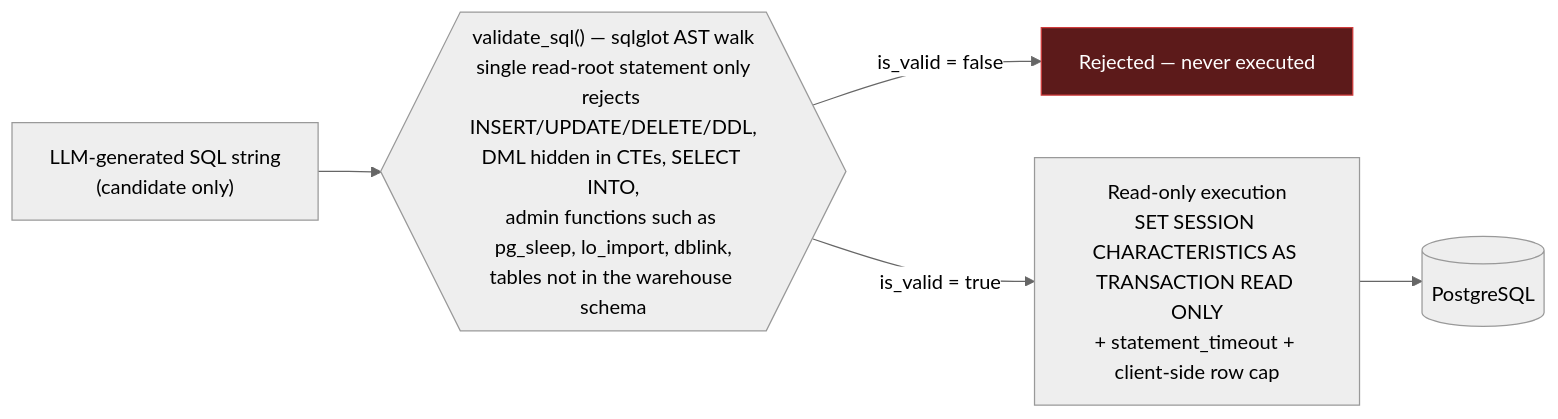
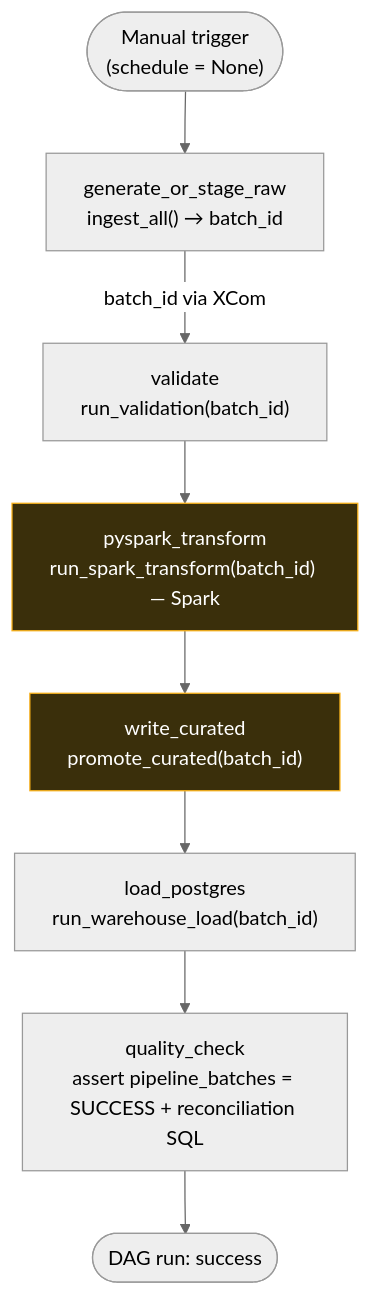
Before and after one commit to the-illuminatus/QueryPilot-DataEngineering: the fourth of 12 diagrams in README.md, drawn with Mermaid (neutral theme). The commit also changed other lines of this file, not shown here.

Commit message:
docs: finalize Airflow and PySpark architecture README

````diff
--- a/README.md
+++ b/README.md
@@ -201,10 +173,13 @@
 ```mermaid
-flowchart LR
-    LLM["LLM-generated SQL string<br/>(candidate only)"] --> GATE{{"validate_sql() — sqlglot AST walk<br/>single read-root statement only<br/>rejects INSERT/UPDATE/DELETE/DDL,<br/>DML hidden in CTEs, SELECT INTO,<br/>admin functions such as pg_sleep, lo_import, dblink,<br/>tables not in the warehouse schema"}}
-    GATE -->|"is_valid = false"| STOP["Rejected — never executed"]
-    GATE -->|"is_valid = true"| RO["Read-only execution<br/>SET SESSION CHARACTERISTICS AS TRANSACTION READ ONLY<br/>+ statement_timeout + client-side row cap"]
-    RO --> PG[("PostgreSQL")]
+flowchart TD
+    S(["Manual trigger<br/>(schedule = None)"]) --> A["generate_or_stage_raw<br/>ingest_all() → batch_id"]
+    A -->|"batch_id via XCom"| B["validate<br/>run_validation(batch_id)"]
+    B --> C["pyspark_transform<br/>run_spark_transform(batch_id) — Spark"]
+    C --> D["write_curated<br/>promote_curated(batch_id)"]
+    D --> E["load_postgres<br/>run_warehouse_load(batch_id)"]
+    E --> F["quality_check<br/>assert pipeline_batches = SUCCESS + reconciliation SQL"]
+    F --> G(["DAG run: success"])
 
-    classDef stop fill:#5c1a1a,stroke:#d03b3b,color:#fff
-    class STOP stop
+    classDef spark fill:#3a2f0b,stroke:#fab219,color:#fff
+    class C,D spark
 ```
````
